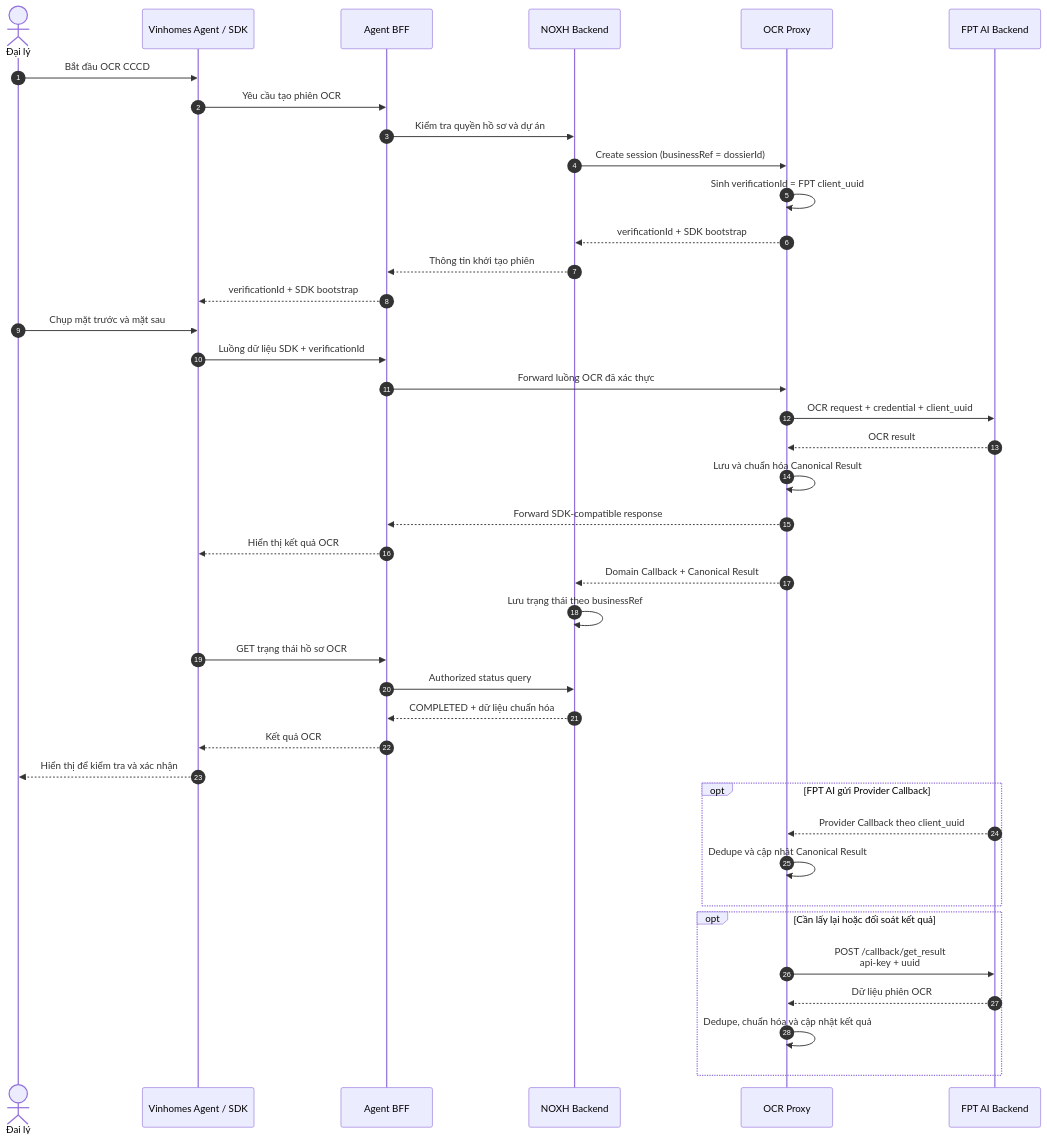
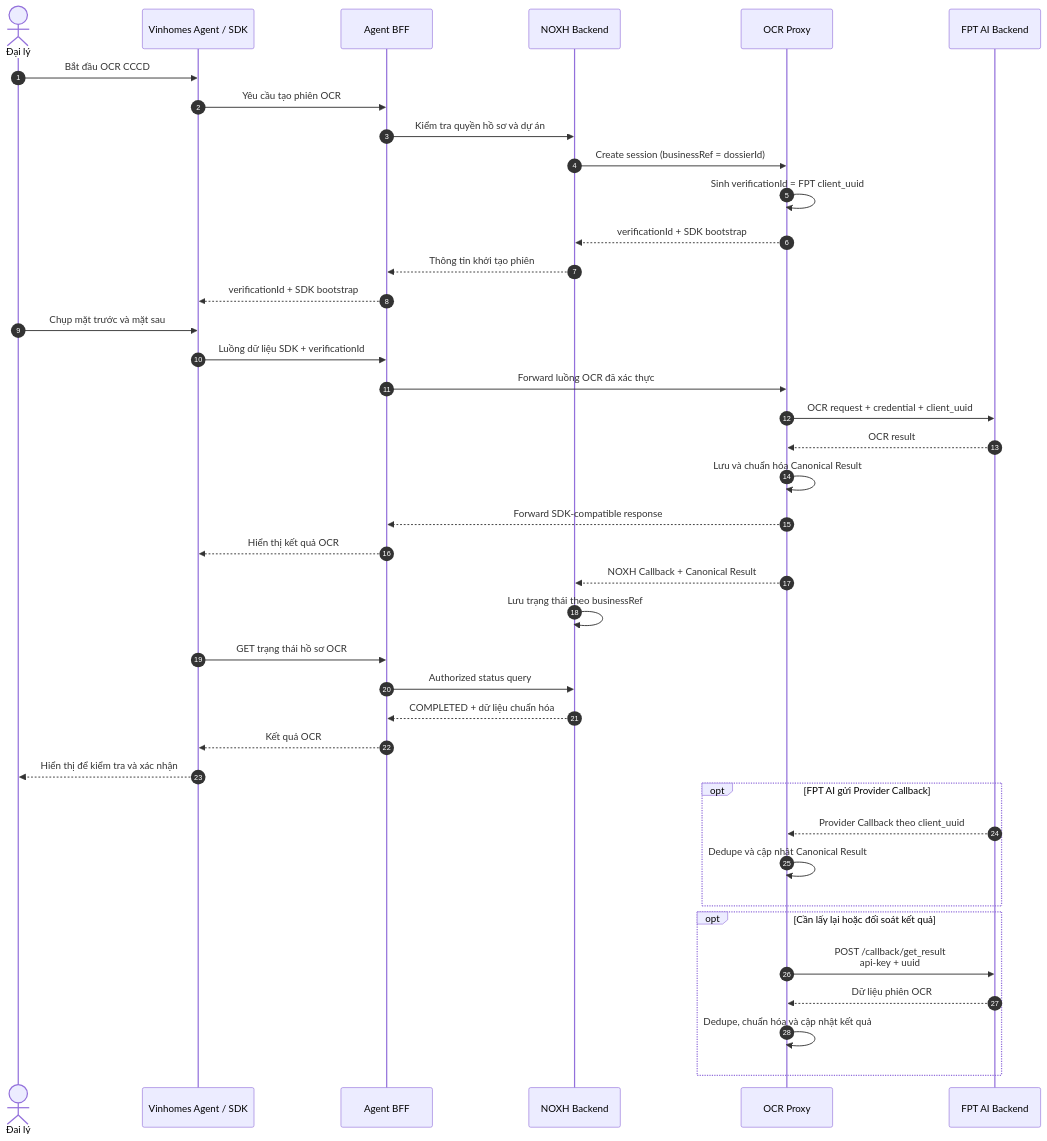
Before and after one commit to huynv-xyz/vhm: the second of 9 diagrams in noxh.md, drawn with Mermaid. The commit also changed other lines of this file, not shown here.

````diff
--- a/noxh.md
+++ b/noxh.md
@@ -190,47 +188,47 @@
 ```mermaid
 sequenceDiagram
     autonumber
     actor DL as Đại lý
     participant APP as Vinhomes Agent / SDK
     participant BFF as Agent BFF
     participant NOXH as NOXH Backend
     participant OCR as OCR Proxy
     participant FPT as FPT AI Backend
 
     DL->>APP: Bắt đầu OCR CCCD
     APP->>BFF: Yêu cầu tạo phiên OCR
     BFF->>NOXH: Kiểm tra quyền hồ sơ và dự án
     NOXH->>OCR: Create session (businessRef = dossierId)
     OCR->>OCR: Sinh verificationId = FPT client_uuid
     OCR-->>NOXH: verificationId + SDK bootstrap
     NOXH-->>BFF: Thông tin khởi tạo phiên
     BFF-->>APP: verificationId + SDK bootstrap
 
     DL->>APP: Chụp mặt trước và mặt sau
     APP->>BFF: Luồng dữ liệu SDK + verificationId
     BFF->>OCR: Forward luồng OCR đã xác thực
     OCR->>FPT: OCR request + credential + client_uuid
     FPT-->>OCR: OCR result
     OCR->>OCR: Lưu và chuẩn hóa Canonical Result
     OCR-->>BFF: Forward SDK-compatible response
     BFF-->>APP: Hiển thị kết quả OCR
 
-    OCR-->>NOXH: Domain Callback + Canonical Result
+    OCR-->>NOXH: NOXH Callback + Canonical Result
     NOXH->>NOXH: Lưu trạng thái theo businessRef
     APP->>BFF: GET trạng thái hồ sơ OCR
     BFF->>NOXH: Authorized status query
     NOXH-->>BFF: COMPLETED + dữ liệu chuẩn hóa
     BFF-->>APP: Kết quả OCR
     APP-->>DL: Hiển thị để kiểm tra và xác nhận
 
     opt FPT AI gửi Provider Callback
         FPT-->>OCR: Provider Callback theo client_uuid
         OCR->>OCR: Dedupe và cập nhật Canonical Result
     end
 
     opt Cần lấy lại hoặc đối soát kết quả
         OCR->>FPT: POST /callback/get_result<br/>api-key + uuid
         FPT-->>OCR: Dữ liệu phiên OCR
         OCR->>OCR: Dedupe, chuẩn hóa và cập nhật kết quả
     end
 ```
````
